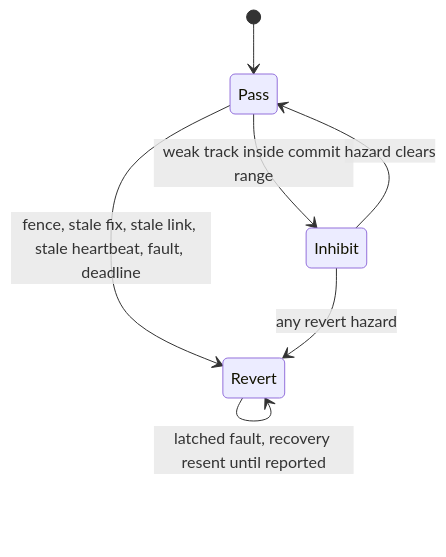
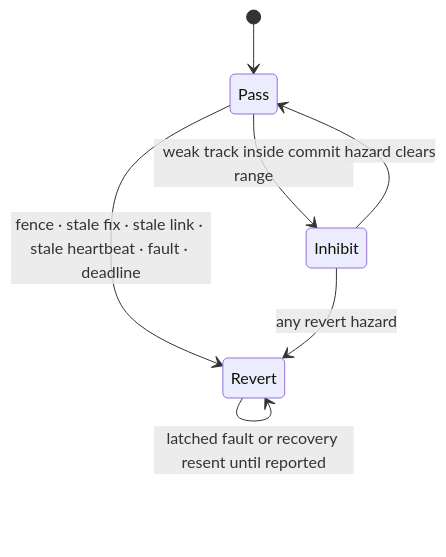
One commit to MatthewK84/AuToBoTs changed the third of 5 diagrams in README.md. Above: the diagram before and after it, drawn with Mermaid. The commit also changed other lines of this file and 1 other file, not shown here.

First line of the commit message:
Professional README: architecture diagrams, status, residuals, and documentation map

````diff
--- a/README.md
+++ b/README.md
@@ -35,9 +86,9 @@
 ```mermaid
 stateDiagram-v2
     [*] --> Pass
     Pass --> Inhibit: weak track inside commit range
-    Pass --> Revert: fence, stale fix, stale link, stale heartbeat, fault, deadline
+    Pass --> Revert: fence · stale fix · stale link · stale heartbeat · fault · deadline
     Inhibit --> Revert: any revert hazard
     Inhibit --> Pass: hazard clears
-    Revert --> Revert: latched fault, recovery resent until reported
+    Revert --> Revert: latched fault or recovery resent until reported
 ```
````
